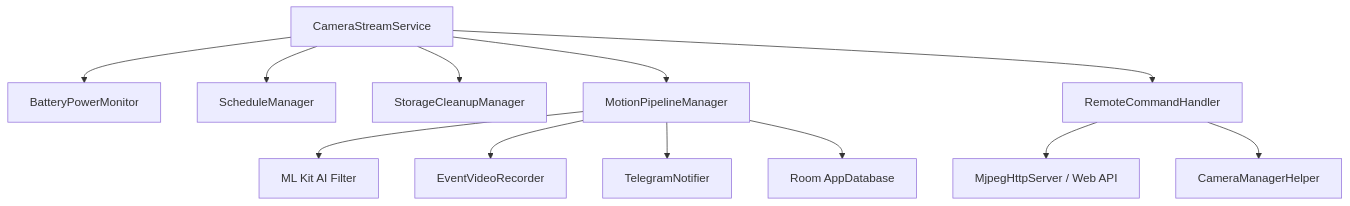
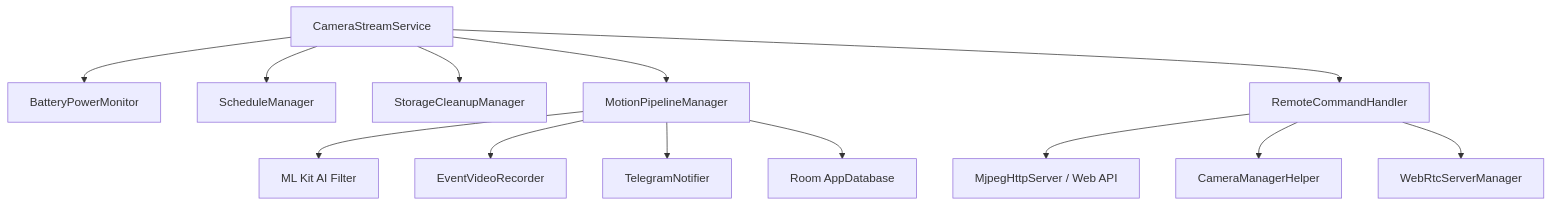
One commit to iokkai/OcularNode changed the diagram in README.md. Above: the diagram before and after it, drawn with Mermaid. The commit also changed other lines of this file and 40 other files, not shown here.

First line of the commit message:
refactor(network): remove all Tailscale dependencies in favor of pure WebRTC P2P and LAN mode

````diff
--- a/README.md
+++ b/README.md
@@ -54,16 +44,17 @@
 ```mermaid
 graph TD
     A[CameraStreamService] --> B[BatteryPowerMonitor]
     A --> C[ScheduleManager]
     A --> D[StorageCleanupManager]
     A --> E[MotionPipelineManager]
     A --> F[RemoteCommandHandler]
     
     E --> G[ML Kit AI Filter]
     E --> H[EventVideoRecorder]
     E --> I[TelegramNotifier]
     E --> J[Room AppDatabase]
     
     F --> K[MjpegHttpServer / Web API]
     F --> L[CameraManagerHelper]
+    F --> M[WebRtcServerManager]
 ```
````
